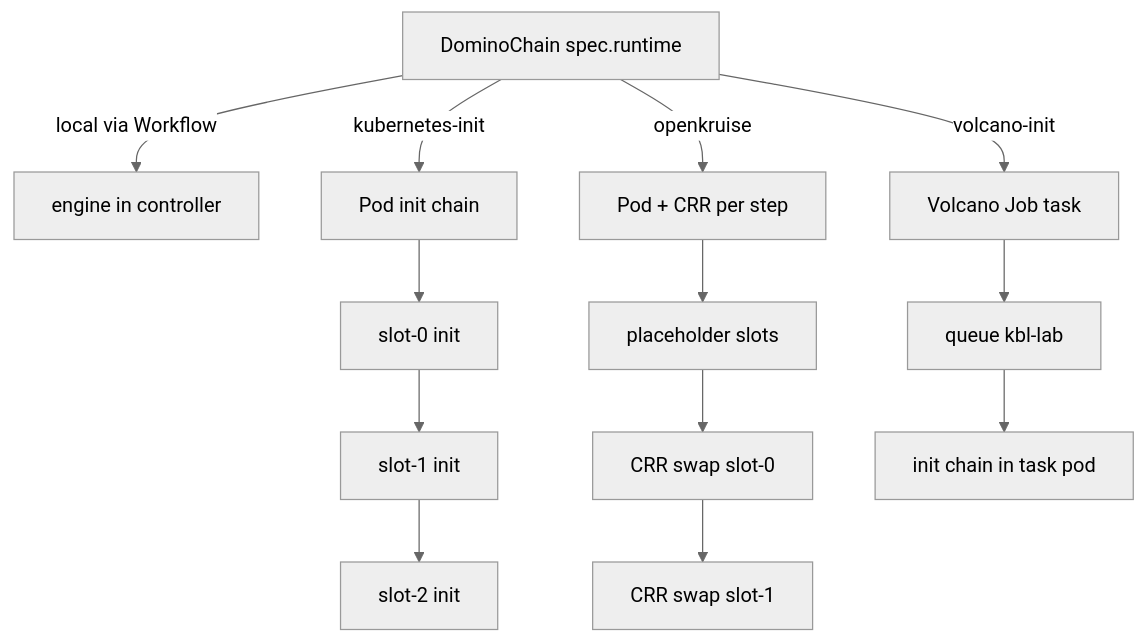
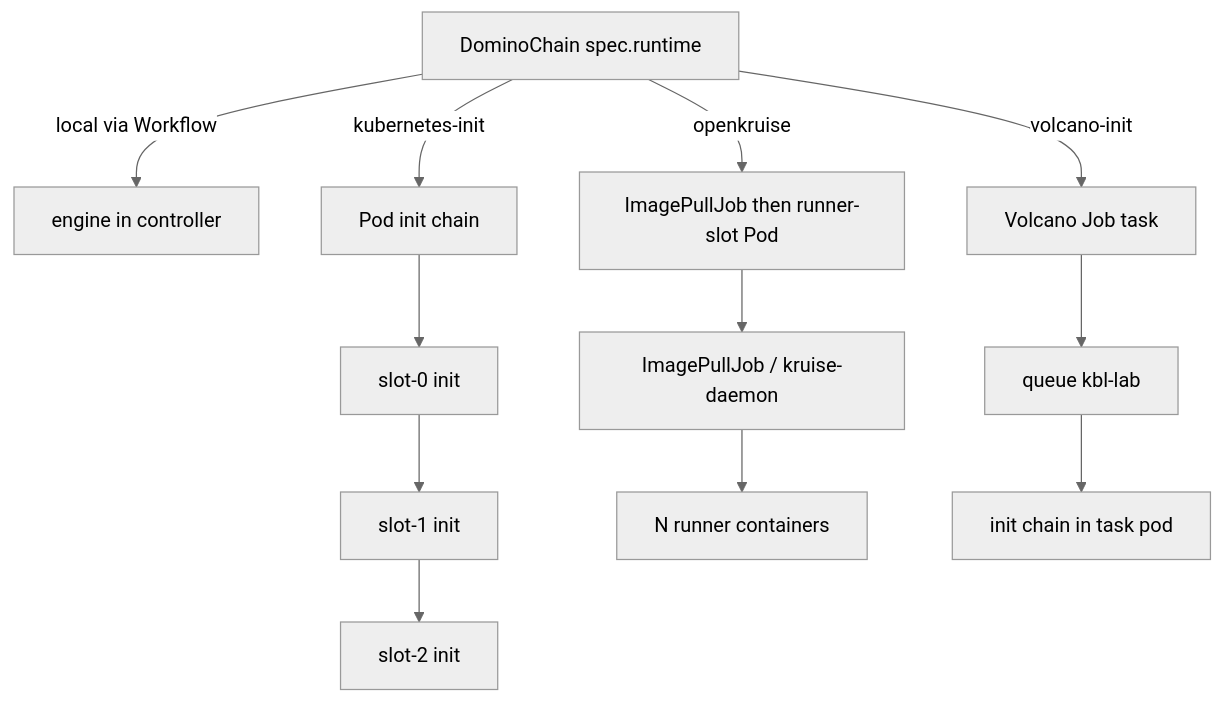
The eighth of 17 diagrams in docs/diagrams.md (jmjava/uber-lang-of-compute), drawn with Mermaid (neutral theme) before and after one commit. The commit also changed other lines of this file and 20 other files, not shown here.

First line of the commit message:
Prefetch OpenKruise runner images with ImagePullJob.

````diff
--- a/docs/diagrams.md
+++ b/docs/diagrams.md
@@ -208,13 +208,13 @@
 ```mermaid
 flowchart TB
   DC[DominoChain spec.runtime]
 
   DC -->|local via Workflow| LOC[engine in controller]
   DC -->|kubernetes-init| POD[Pod init chain]
-  DC -->|openkruise| OK[Pod + CRR per step]
+  DC -->|openkruise| OK[ImagePullJob then runner-slot Pod]
   DC -->|volcano-init| VJ[Volcano Job task]
 
   POD --> IC1[slot-0 init] --> IC2[slot-1 init] --> IC3[slot-2 init]
-  OK --> PH[placeholder slots] --> CRR1[CRR swap slot-0] --> CRR2[CRR swap slot-1]
+  OK --> PULL[ImagePullJob / kruise-daemon] --> SLOTS[N runner containers]
   VJ --> VQ[queue kbl-lab] --> VIC[init chain in task pod]
 ```
````
